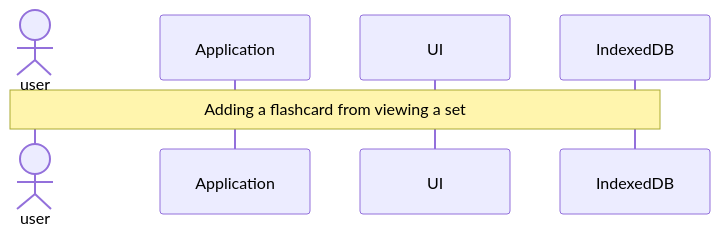
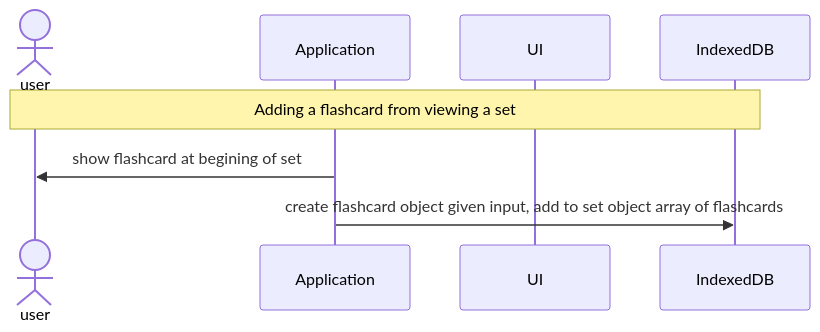
The diagram in mermaid.md (Henry-WK/henry-wk.github.io), drawn with Mermaid before and after one commit.

````diff
--- a/mermaid.md
+++ b/mermaid.md
@@ -1,9 +1,12 @@
 ```mermaid
   sequenceDiagram
   actor user
   participant app as Application
   participant UI as UI
   participant db as IndexedDB
 
   Note over user,db: Adding a flashcard from viewing a set
+  app->>user: show flashcard at begining of set
+  app->>db: create flashcard object given input, add to set object array of flashcards
+  
 ```
````
